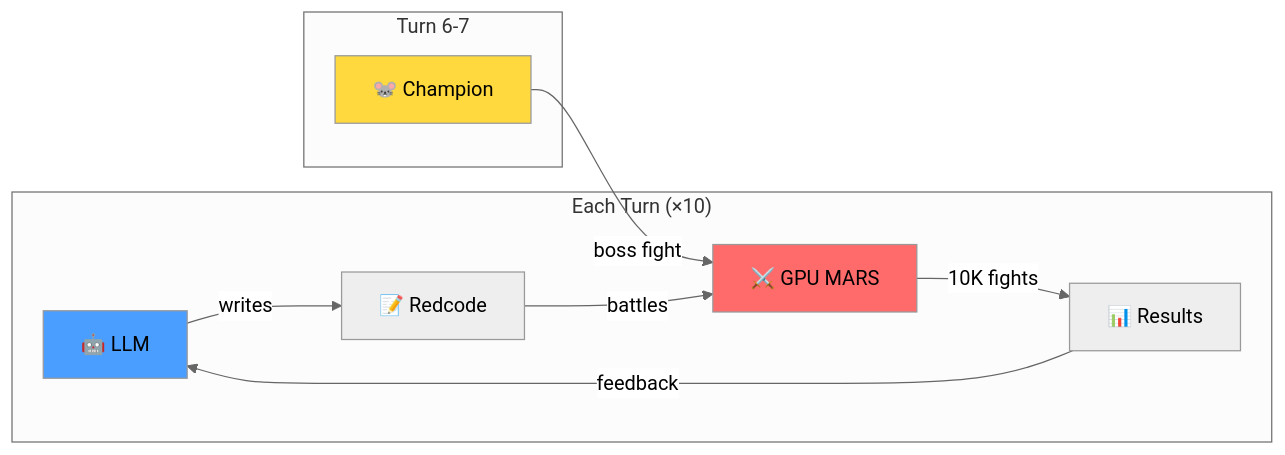
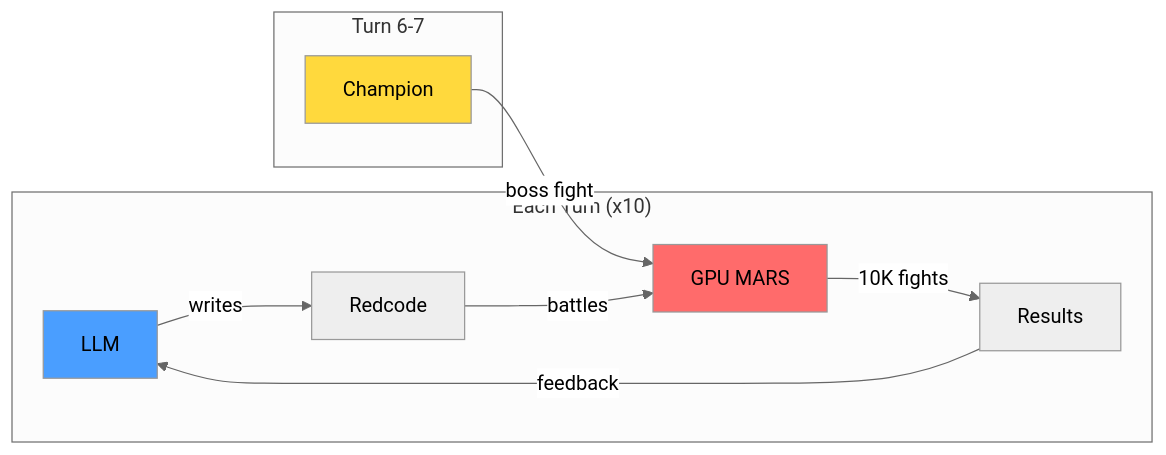
Before and after one commit to jw409/modelforecast: the diagram in README.md, drawn with Mermaid (neutral theme). The commit also changed other lines of this file and 1 other file, not shown here.

````diff
--- a/README.md
+++ b/README.md
@@ -15,18 +69,18 @@
 ```mermaid
 flowchart LR
-    subgraph Turn["Each Turn (×10)"]
-        A[🤖 LLM] -->|writes| B[📝 Redcode]
-        B -->|battles| C[⚔️ GPU MARS]
-        C -->|10K fights| D[📊 Results]
+    subgraph Turn["Each Turn (x10)"]
+        A[LLM] -->|writes| B[Redcode]
+        B -->|battles| C[GPU MARS]
+        C -->|10K fights| D[Results]
         D -->|feedback| A
     end
 
     subgraph Surprise["Turn 6-7"]
-        E[🐭 Champion]
+        E[Champion]
         E -->|boss fight| C
     end
 
     style A fill:#4a9eff
     style C fill:#ff6b6b
     style E fill:#ffd93d
 ```
````
